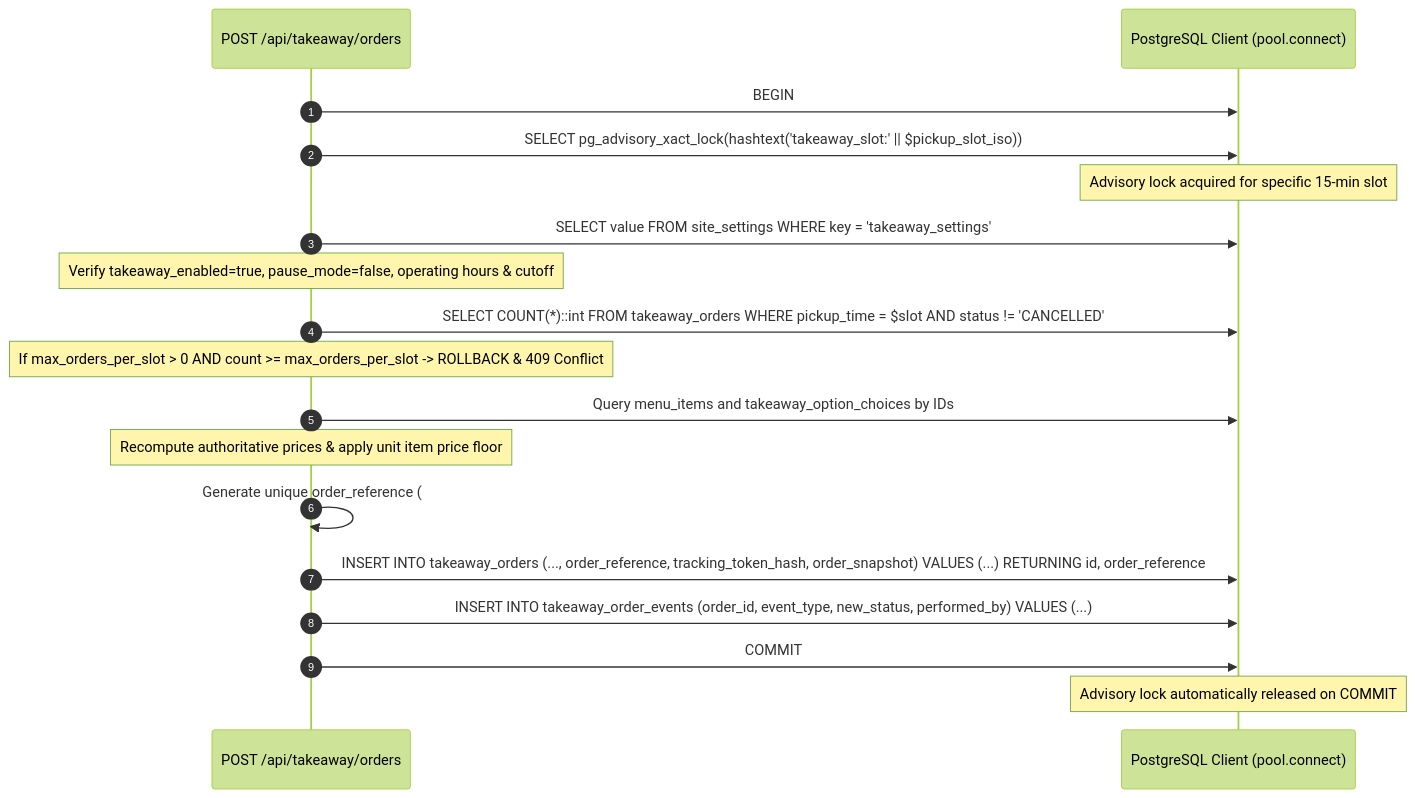
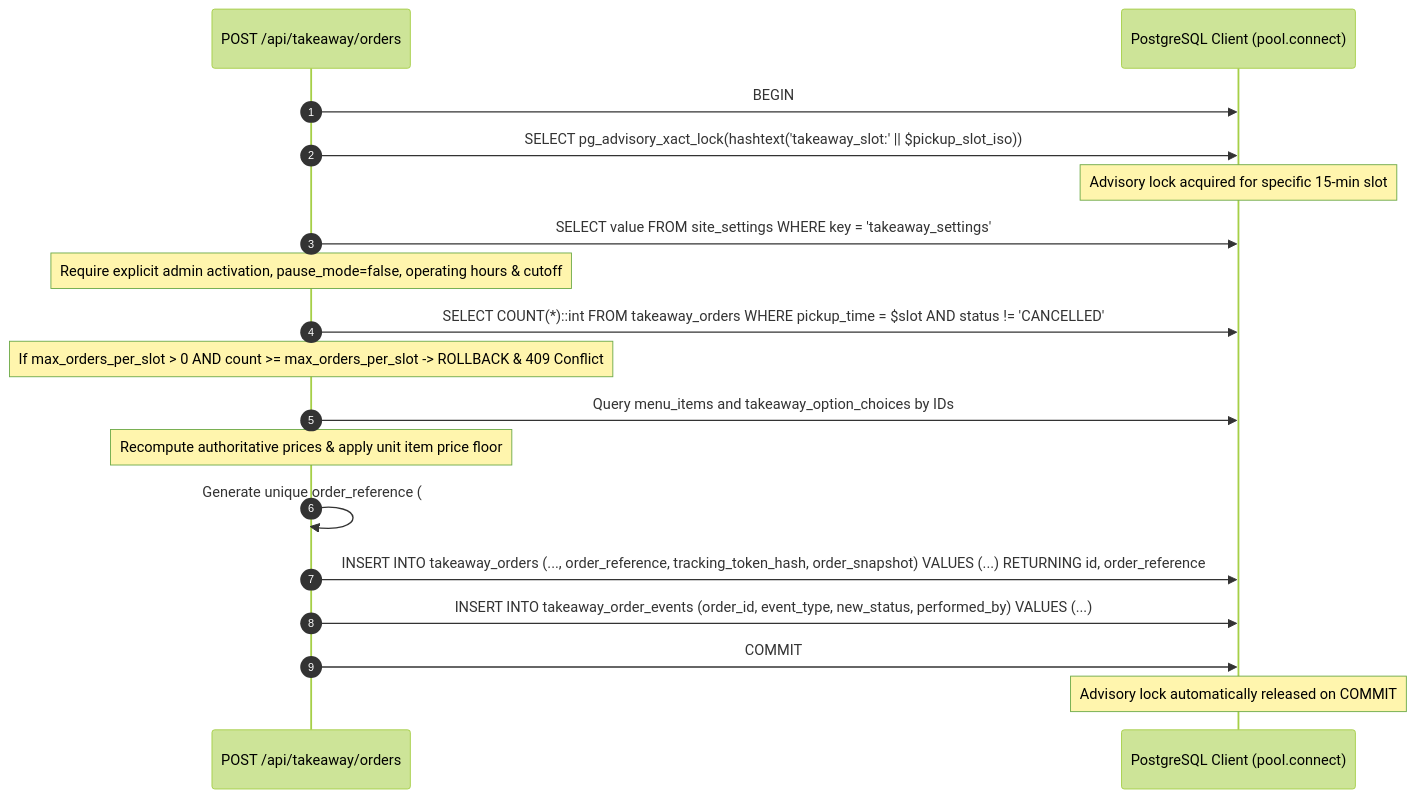
One commit to TriloyTech/lechoppe-official changed the second of 3 diagrams in docs/takeaway/PLAN.md. Above: the diagram before and after it, drawn with Mermaid (forest theme). The commit also changed other lines of this file and 8 other files, not shown here.

````diff
--- a/docs/takeaway/PLAN.md
+++ b/docs/takeaway/PLAN.md
@@ -366,21 +490,21 @@
 ```mermaid
 sequenceDiagram
     autonumber
     participant API as POST /api/takeaway/orders
     participant DB as PostgreSQL Client (pool.connect)
 
     API->>DB: BEGIN
     API->>DB: SELECT pg_advisory_xact_lock(hashtext('takeaway_slot:' || $pickup_slot_iso))
     Note over DB: Advisory lock acquired for specific 15-min slot
     API->>DB: SELECT value FROM site_settings WHERE key = 'takeaway_settings'
-    Note over API: Verify takeaway_enabled=true, pause_mode=false, operating hours & cutoff
+    Note over API: Require explicit admin activation, pause_mode=false, operating hours & cutoff
     API->>DB: SELECT COUNT(*)::int FROM takeaway_orders WHERE pickup_time = $slot AND status != 'CANCELLED'
     Note over API: If max_orders_per_slot > 0 AND count >= max_orders_per_slot -> ROLLBACK & 409 Conflict
     API->>DB: Query menu_items and takeaway_option_choices by IDs
     Note over API: Recompute authoritative prices & apply unit item price floor
     API->>API: Generate unique order_reference (#ECH-XXXX) with retry & generate tracking_token
     API->>DB: INSERT INTO takeaway_orders (..., order_reference, tracking_token_hash, order_snapshot) VALUES (...) RETURNING id, order_reference
     API->>DB: INSERT INTO takeaway_order_events (order_id, event_type, new_status, performed_by) VALUES (...)
     API->>DB: COMMIT
     Note over DB: Advisory lock automatically released on COMMIT
 ```
````
